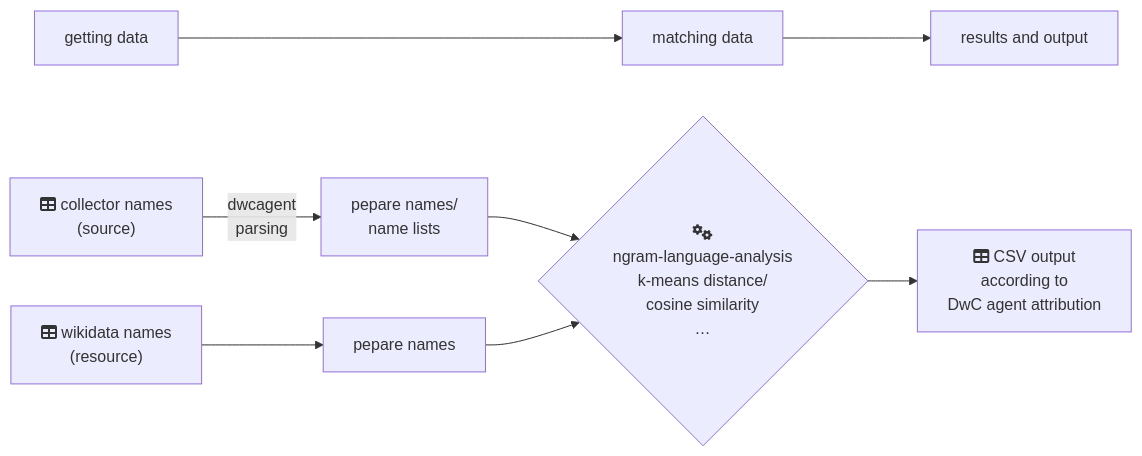
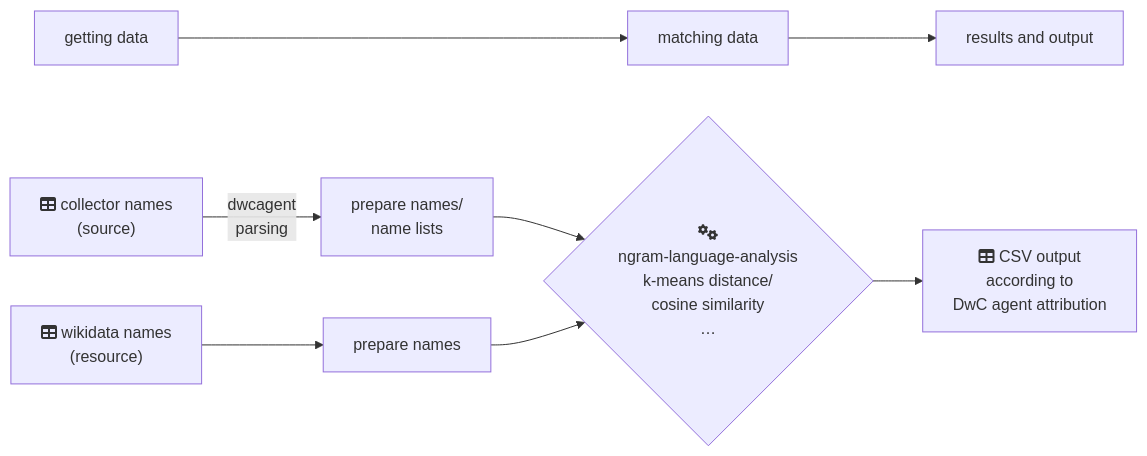
One commit to infinite-dao/collector-matching changed the diagram in README.md. Above: the diagram before and after it, drawn with Mermaid. The commit also changed other lines of this file, not shown here.

Commit message:
correct scheme; README in Getting Data: first get resource, then sources examples

````diff
--- a/README.md
+++ b/README.md
@@ -30,9 +30,9 @@
 ```mermaid
 flowchart LR
     get_data["getting data"] ---> match_data["matching data"] --> results["results and output"]
-    source["fa:fa-table collector names\n(source)"] -->|dwcagent\nparsing| prepareSource["pepare names/\nname lists"]
-    resource["fa:fa-table wikidata names\n(resource)"] --> prepareResource["pepare names"]
+    source["fa:fa-table collector names\n(source)"] -->|dwcagent\nparsing| prepareSource["prepare names/\nname lists"]
+    resource["fa:fa-table wikidata names\n(resource)"] --> prepareResource["prepare names"]
     prepareSource --> matching{"fa:fa-cogs\nngram-language-analysis\nk-means distance/\ncosine similarity\n…"}
     prepareResource --> matching
     matching --> CSVoutput["fa:fa-table CSV output\naccording to \nDwC agent attribution"]
 ```
````
